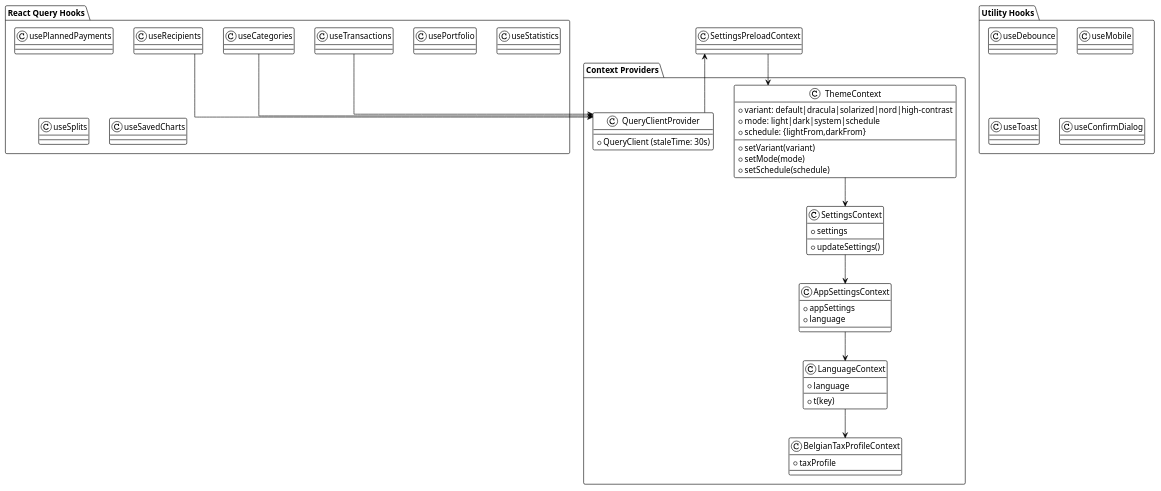
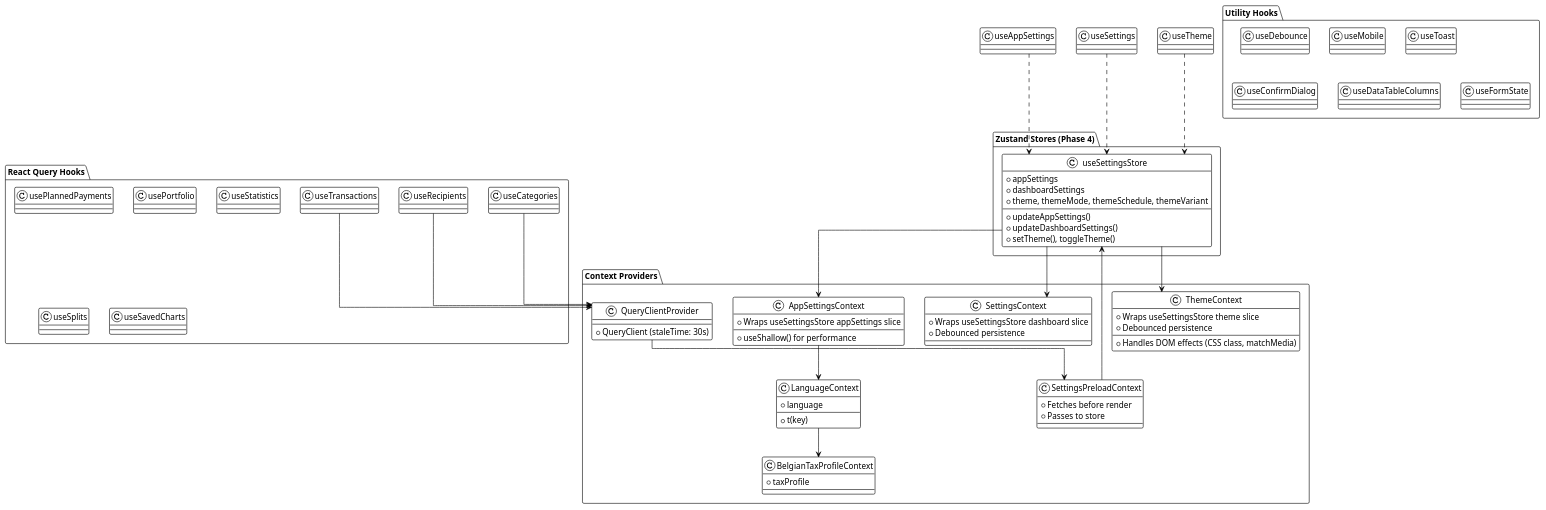
Before and after one commit to EraPartner/Vision: the second of 8 diagrams in docs/architecture/frontend-architecture.md, drawn with PlantUML. The commit also changed other lines of this file and 8 other files, not shown here.

Commit message:
docs(phase4): ADR-032 Zustand settings store, ADR-033 feature flags, hooks/patterns/arch sync

````diff
--- a/docs/architecture/frontend-architecture.md
+++ b/docs/architecture/frontend-architecture.md
@@ -146,28 +155,41 @@
 skinparam nodesep 35
 skinparam ranksep 50
 
+package "Zustand Stores (Phase 4)" {
+  class useSettingsStore {
+    +appSettings
+    +dashboardSettings
+    +theme, themeMode, themeSchedule, themeVariant
+    +updateAppSettings()
+    +updateDashboardSettings()
+    +setTheme(), toggleTheme()
+  }
+}
+
 package "Context Providers" {
   class QueryClientProvider {
     +QueryClient (staleTime: 30s)
   }
   
+  class SettingsPreloadContext {
+    +Fetches before render
+    +Passes to store
+  }
+  
   class ThemeContext {
-    +variant: default|dracula|solarized|nord|high-contrast
-    +mode: light|dark|system|schedule
-    +schedule: {lightFrom,darkFrom}
-    +setVariant(variant)
-    +setMode(mode)
-    +setSchedule(schedule)
+    +Wraps useSettingsStore theme slice
+    +Handles DOM effects (CSS class, matchMedia)
+    +Debounced persistence
   }
   
   class SettingsContext {
-    +settings
-    +updateSettings()
+    +Wraps useSettingsStore dashboard slice
+    +Debounced persistence
   }
   
   class AppSettingsContext {
-    +appSettings
-    +language
+    +Wraps useSettingsStore appSettings slice
+    +useShallow() for performance
   }
   
   class LanguageContext {
@@ -196,18 +218,24 @@
   class useMobile
   class useToast
   class useConfirmDialog
+  class useDataTableColumns
+  class useFormState
 }
 
 QueryClientProvider --> SettingsPreloadContext
-SettingsPreloadContext --> ThemeContext
-ThemeContext --> SettingsContext
-SettingsContext --> AppSettingsContext
+SettingsPreloadContext --> useSettingsStore
+useSettingsStore --> ThemeContext
+useSettingsStore --> SettingsContext
+useSettingsStore --> AppSettingsContext
 AppSettingsContext --> LanguageContext
 LanguageContext --> BelgianTaxProfileContext
 
 useTransactions --> QueryClientProvider
 useCategories --> QueryClientProvider
 useRecipients --> QueryClientProvider
+useAppSettings -.-> useSettingsStore
+useSettings -.-> useSettingsStore
+useTheme -.-> useSettingsStore
 
 @enduml
 ```
````
